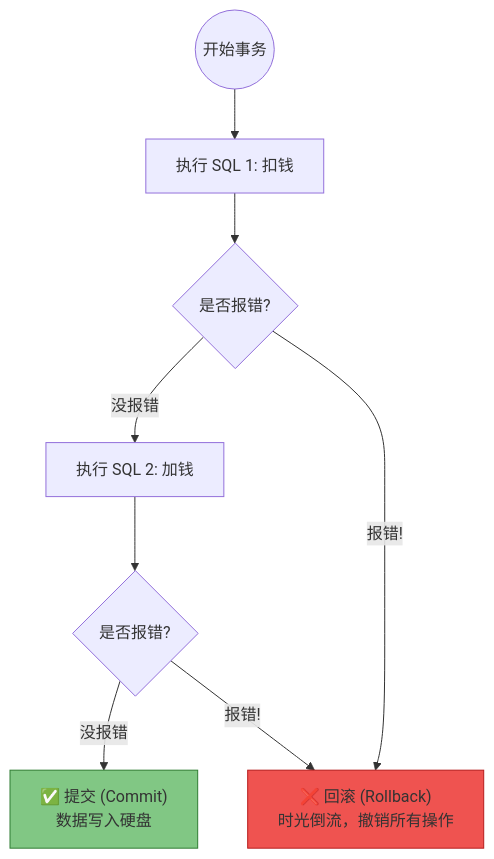
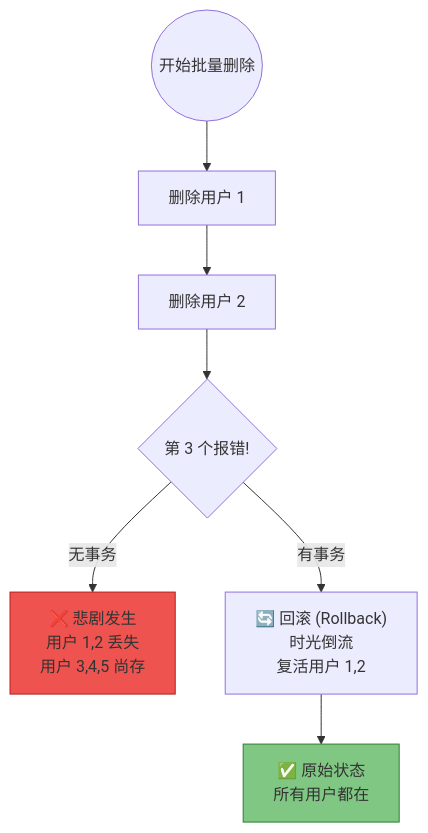
Before and after one commit to dedeguo/javaweb-course-docs: the diagram in docs/chapter04/06-transaction.md, drawn with Mermaid. The commit also changed other lines of this file and 6 other files, not shown here.

````diff
--- a/docs/chapter04/06-transaction.md
+++ b/docs/chapter04/06-transaction.md
@@ -67,17 +86,15 @@
 ```mermaid
 graph TD
-    Start(("开始事务")) --> SQL1["执行 SQL 1: 扣钱"]
-    SQL1 --> Check{"是否报错?"}
+    Start(("开始批量删除")) --> Del1["删除用户 1"]
+    Del1 --> Del2["删除用户 2"]
+    Del2 --> Crash{"第 3 个报错!"}
     
-    Check -- 没报错 --> SQL2["执行 SQL 2: 加钱"]
-    SQL2 --> Check2{"是否报错?"}
+    Crash -- 无事务 --> ResultBad["❌ 悲剧发生<br/>用户 1,2 丢失<br/>用户 3,4,5 尚存"]
     
-    Check2 -- 没报错 --> Commit["✅ 提交 (Commit)<br/>数据写入硬盘"]
-    
-    Check -- 报错! --> Rollback["❌ 回滚 (Rollback)<br/>时光倒流，撤销所有操作"]
-    Check2 -- 报错! --> Rollback
-    
-    style Commit fill:#81c784,stroke:#2e7d32
-    style Rollback fill:#ef5350,stroke:#b71c1c
+    Crash -- 有事务 --> Rollback["🔄 回滚 (Rollback)<br/>时光倒流<br/>复活用户 1,2"]
+    Rollback --> ResultGood["✅ 原始状态<br/>所有用户都在"]
+
+    style ResultBad fill:#ef5350,stroke:#b71c1c
+    style ResultGood fill:#81c784,stroke:#2e7d32
 
 ```
````
